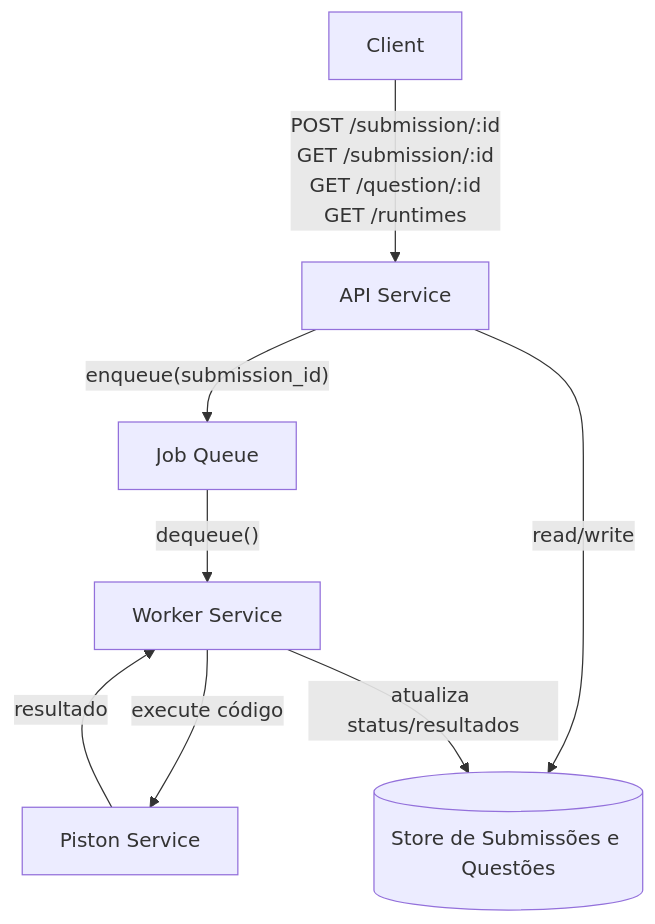
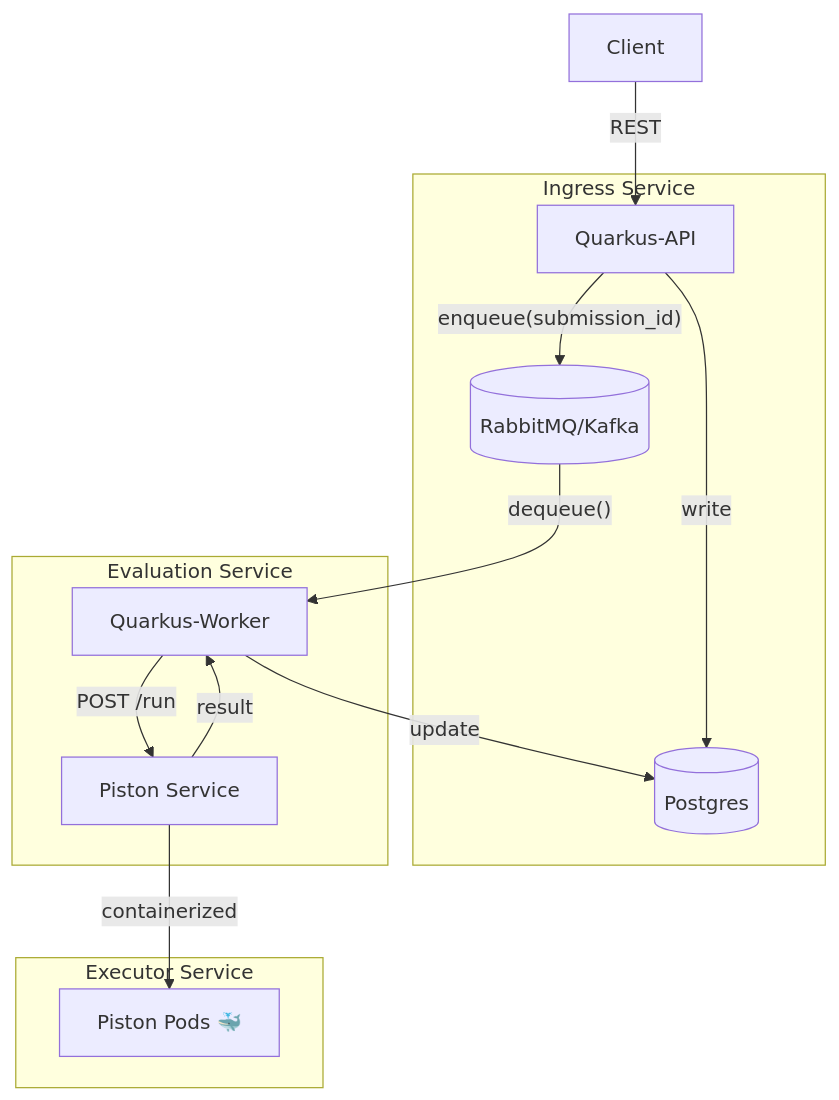
The diagram in projects/dailycode/README.md (itallopacheco/obsidian), drawn with Mermaid before and after one commit. The commit also changed other lines of this file and 5 other files, not shown here.

````diff
--- a/projects/dailycode/README.md
+++ b/projects/dailycode/README.md
@@ -24,31 +24,20 @@
 ```mermaid
 flowchart TD
+  C[Client] -->|REST| API[Quarkus-API]
+  subgraph Ingress Service
+    API -->|write| DB[(Postgres)]
+    API -->|"enqueue(submission_id)"| Q[(RabbitMQ/Kafka)]
+  end
 
-C[Client]
+  subgraph Evaluation Service
+    Q -->|"dequeue()"| W[Quarkus-Worker]
+    W -->|POST /run| P[Piston Service]
+    P -->|result| W
+    W -->|update| DB
+  end
 
-API[API Service]
+  subgraph Executor Service
+    P -->|containerized| Pods[Piston Pods 🐳]
+  end
 
-Q[Job Queue]
-
-W[Worker Service]
-
-P[Piston Service]
-
-DB[(Store de Submissões e Questões)]
-
-  
-
-C -->|POST /submission/:id<br/>GET /submission/:id<br/>GET /question/:id<br/>GET /runtimes| API
-
-API -->|"enqueue(submission_id)"| Q
-
-API -->|read/write| DB
-
-Q -->|"dequeue()"| W
-
-W -->|execute código| P
-
-P -->|resultado| W
-
-W -->|atualiza status/resultados| DB
 ```
````
